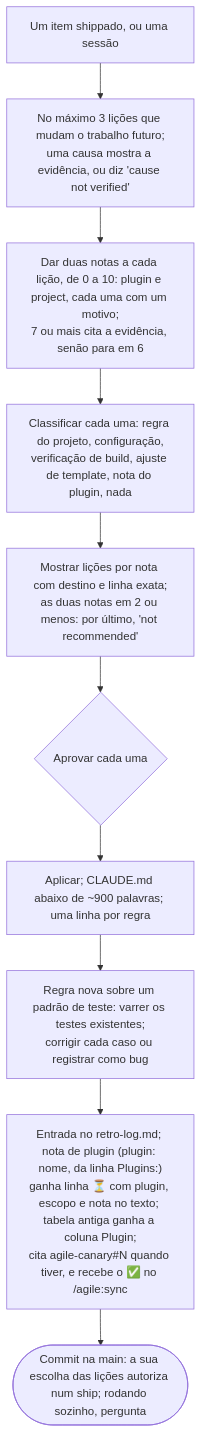
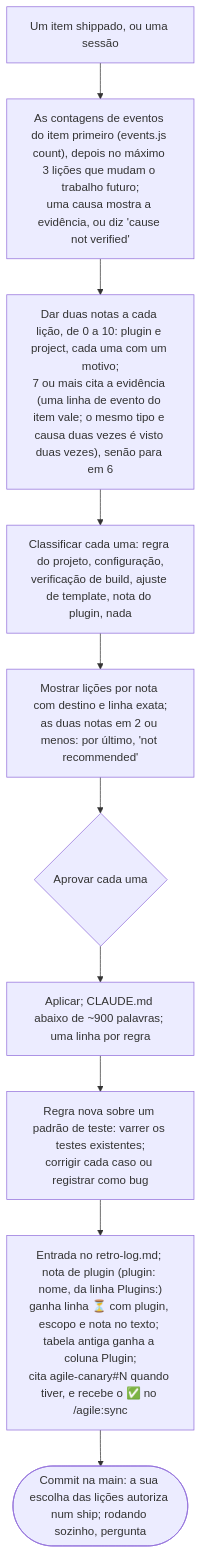
Before and after one commit to alexcanario/simulab: diagram 14 of 21 in docs/agile/workflow.pt-BR.md, drawn with Mermaid. The commit also changed other lines of this file and 10 other files, not shown here.

````diff
--- a/docs/agile/workflow.pt-BR.md
+++ b/docs/agile/workflow.pt-BR.md
@@ -948,12 +972,12 @@
 ```mermaid
 flowchart TD
-    A["Um item shippado, ou uma sessão"] --> B["No máximo 3 lições que mudam o trabalho futuro;<br/>uma causa mostra a evidência, ou diz 'cause not verified'"]
-    B --> B2["Dar duas notas a cada lição, de 0 a 10: plugin e project, cada uma com um motivo;<br/>7 ou mais cita a evidência, senão para em 6"]
+    A["Um item shippado, ou uma sessão"] --> B["As contagens de eventos do item primeiro (events.js count), depois no máximo 3 lições que mudam o trabalho futuro;<br/>uma causa mostra a evidência, ou diz 'cause not verified'"]
+    B --> B2["Dar duas notas a cada lição, de 0 a 10: plugin e project, cada uma com um motivo;<br/>7 ou mais cita a evidência (uma linha de evento do item vale; o mesmo tipo e causa duas vezes é visto duas vezes), senão para em 6"]
     B2 --> C["Classificar cada uma: regra do projeto, configuração,<br/>verificação de build, ajuste de template, nota do plugin, nada"]
     C --> D["Mostrar lições por nota com destino e linha exata;<br/>as duas notas em 2 ou menos: por último, 'not recommended'"]
     D --> E{"Aprovar cada uma"}
     E --> F["Aplicar; CLAUDE.md abaixo de ~900 palavras; uma linha por regra"]
     F --> F2["Regra nova sobre um padrão de teste: varrer os testes existentes;<br/>corrigir cada caso ou registrar como bug"]
     F2 --> G["Entrada no retro-log.md; nota de plugin (plugin: nome, da linha Plugins:)<br/>ganha linha ⏳ com plugin, escopo e nota no texto; tabela antiga ganha a coluna Plugin;<br/>cita agile-canary#N quando tiver, e recebe o ✅ no /agile:sync"]
     G --> H(["Commit na main: a sua escolha das lições autoriza num ship; rodando sozinho, pergunta"])
 ```
````
